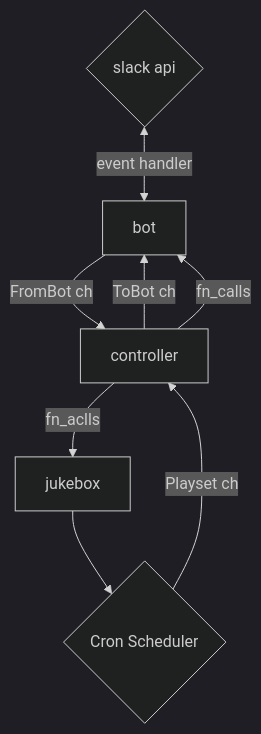
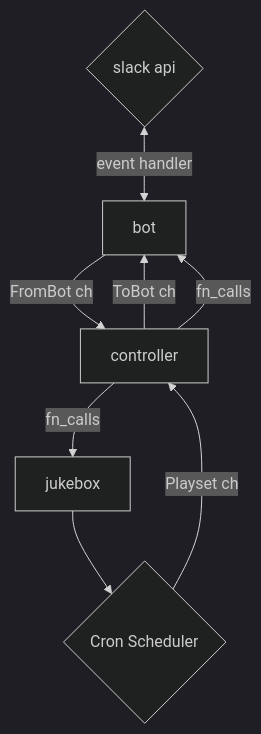
Before and after one commit to jdblack/sotd: the diagram in README.md, drawn with Mermaid (dark theme).

Commit message:
add more docs

````diff
--- a/README.md
+++ b/README.md
@@ -130,10 +130,10 @@
 ```mermaid
 graph TD;
    slack{slack api}<-- event handler -->bot
    bot-- FromBot ch --> controller
    controller-- ToBot ch -->bot
-   controller-- fn_aclls -->jukebox
+   controller-- fn_calls -->jukebox
    controller-- fn_calls -->bot
    jukebox --> cron{Cron Scheduler}
    cron{Cron Scheduler}-- Playset ch -->controller
 ```
````
